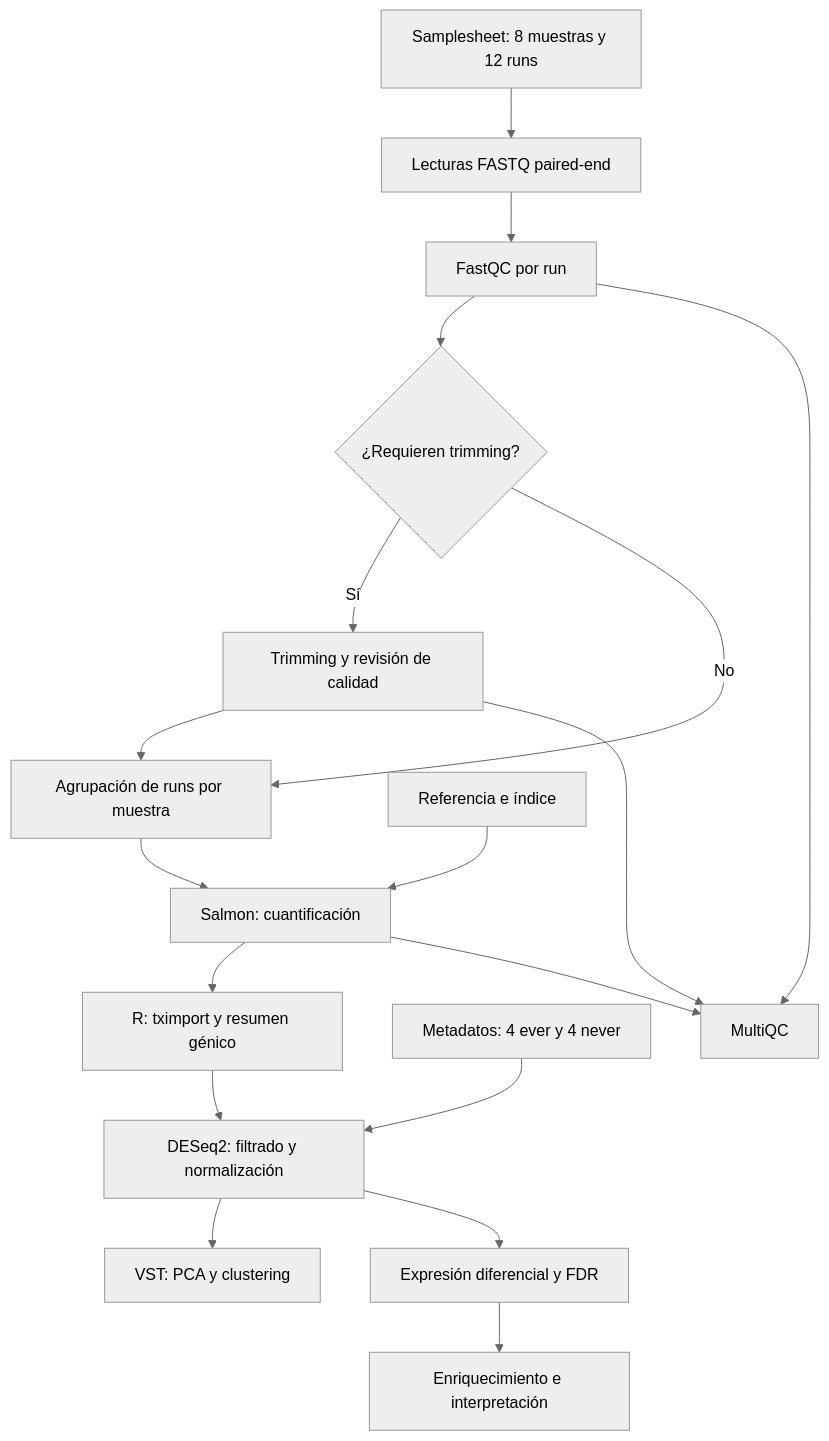
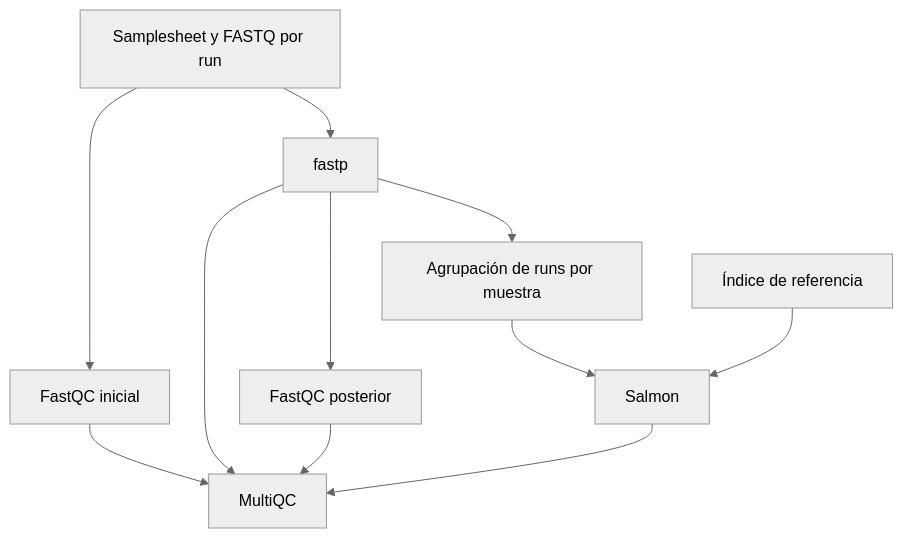
The diagram in docs/workflow.md (javcanelo/cancer_oral_tabaco), drawn with Mermaid (neutral theme) before and after one commit. The commit also changed 85 other files, not shown here.

````diff
--- a/docs/workflow.md
+++ b/docs/workflow.md
@@ -6,20 +6,13 @@
 ```mermaid
 flowchart TD
-    A["Samplesheet: 8 muestras y 12 runs"] --> B["Lecturas FASTQ paired-end"]
-    B --> C["FastQC por run"]
-    C --> D{"¿Requieren trimming?"}
-    D -->|Sí| E["Trimming y revisión de calidad"]
-    D -->|No| F["Agrupación de runs por muestra"]
-    E --> F
-    F --> G["Salmon: cuantificación"]
-    R["Referencia e índice"] --> G
-    G --> H["R: tximport y resumen génico"]
-    M["Metadatos: 4 ever y 4 never"] --> I["DESeq2: filtrado y normalización"]
-    H --> I
-    I --> J["VST: PCA y clustering"]
-    I --> K["Expresión diferencial y FDR"]
-    K --> L["Enriquecimiento e interpretación"]
-    C --> Q["MultiQC"]
-    E --> Q
-    G --> Q
+    A[Samplesheet y FASTQ por run] --> B[FastQC inicial]
+    A --> C[fastp]
+    C --> D[FastQC posterior]
+    C --> E[Agrupación de runs por muestra]
+    E --> F[Salmon]
+    R[Índice de referencia] --> F
+    B --> G[MultiQC]
+    C --> G
+    D --> G
+    F --> G
 ```
````
